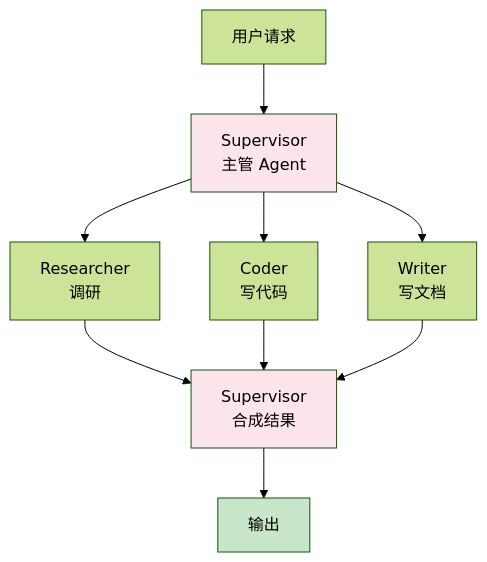
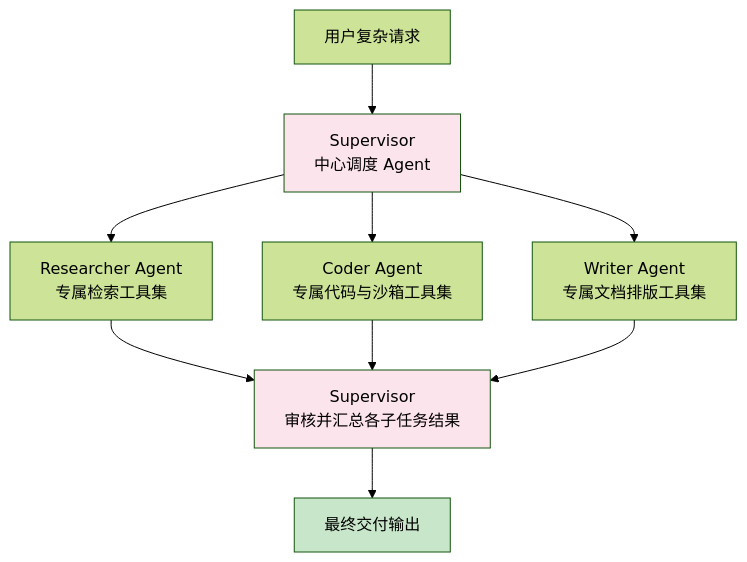
One commit to GuoWWWX/knowledge-base changed the tenth of 14 diagrams in 10-AI应用开发/00-总览/AI应用开发学习路径.md. Above: the diagram before and after it, drawn with Mermaid (forest theme). The commit also changed other lines of this file and 251 other files, not shown here.

````diff
--- a/10-AI应用开发/00-总览/AI应用开发学习路径.md
+++ b/10-AI应用开发/00-总览/AI应用开发学习路径.md
@@ -1078,15 +1035,15 @@
 ```mermaid
 flowchart TD
-    A[用户请求] --> B[Supervisor<br/>主管 Agent]
-    B --> C[Researcher<br/>调研]
-    B --> D[Coder<br/>写代码]
-    B --> E[Writer<br/>写文档]
-    C --> F[Supervisor<br/>合成结果]
+    A[用户复杂请求] --> B[Supervisor<br/>中心调度 Agent]
+    B --> C[Researcher Agent<br/>专属检索工具集]
+    B --> D[Coder Agent<br/>专属代码与沙箱工具集]
+    B --> E[Writer Agent<br/>专属文档排版工具集]
+    C --> F[Supervisor<br/>审核并汇总各子任务结果]
     D --> F
     E --> F
-    F --> G[输出]
+    F --> G[最终交付输出]
     
     style B fill:#fce4ec
     style F fill:#fce4ec
     style G fill:#c8e6c9
 ```
````
